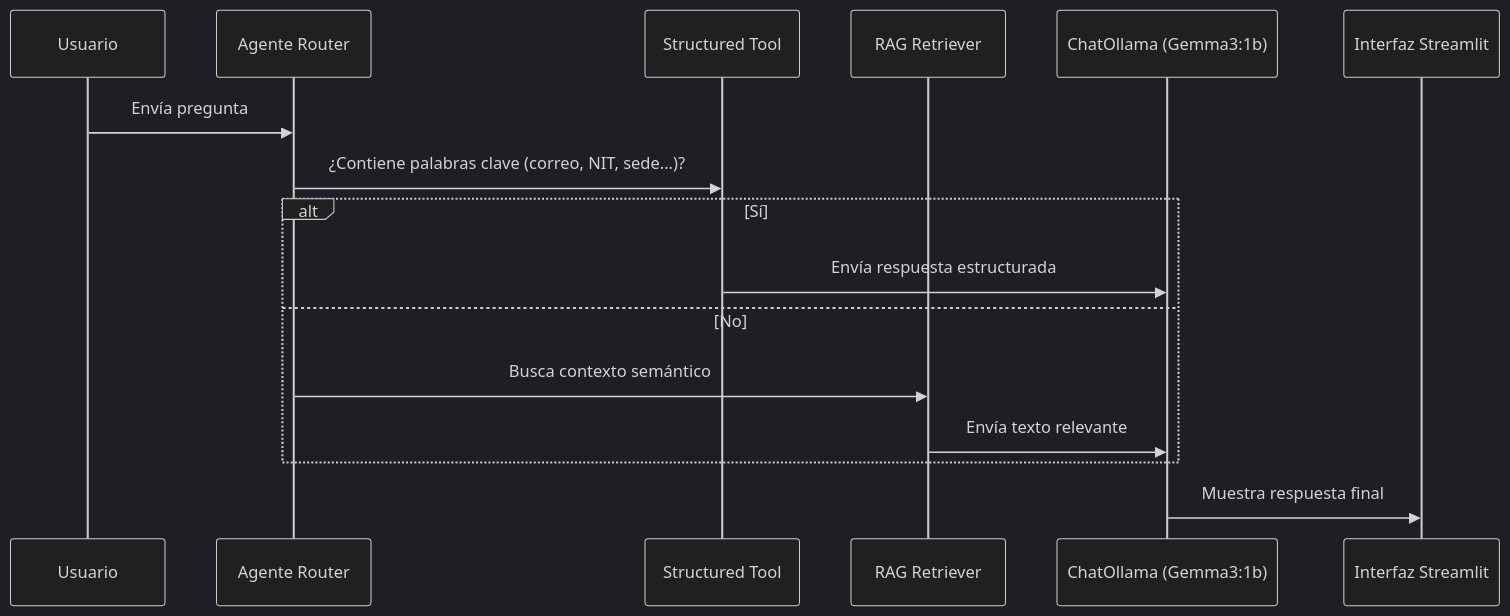
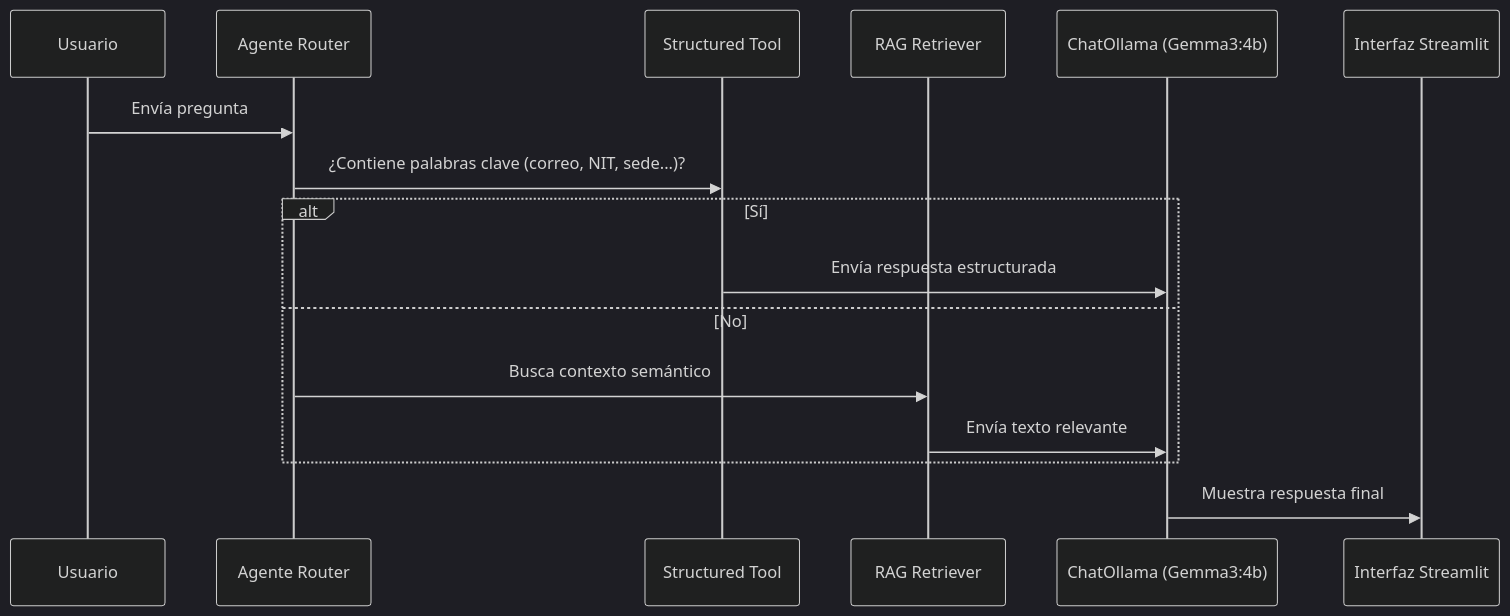
The second of 3 diagrams in README.md (CamiloPE12/Botfa), drawn with Mermaid (dark theme) before and after one commit. The commit also changed other lines of this file, not shown here.

````diff
--- a/README.md
+++ b/README.md
@@ -128,19 +128,19 @@
 ```mermaid
 sequenceDiagram
     participant U as Usuario
     participant A as Agente Router
     participant S as Structured Tool
     participant R as RAG Retriever
-    participant L as ChatOllama (Gemma3:1b)
+    participant L as ChatOllama (Gemma3:4b)
     participant I as Interfaz Streamlit
 
     U->>A: Envía pregunta
     A->>S: ¿Contiene palabras clave (correo, NIT, sede...)?
     alt Sí
         S->>L: Envía respuesta estructurada
     else No
         A->>R: Busca contexto semántico
         R->>L: Envía texto relevante
     end
     L->>I: Muestra respuesta final
 ```
````
